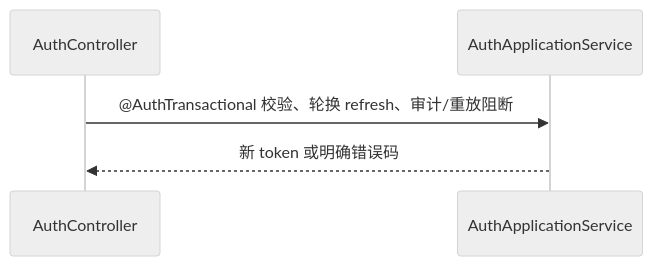
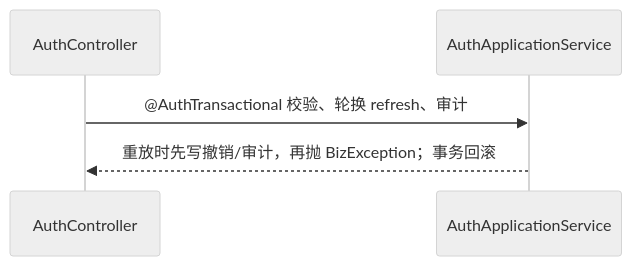
Before and after one commit to Kylinlixd/suno: diagram 20 of 42 in docs/requirements/identity.md, drawn with Mermaid (neutral theme). The commit also changed other lines of this file and 2 other files, not shown here.

Commit message:
docs: clarify identity and operations transaction flows

````diff
--- a/docs/requirements/identity.md
+++ b/docs/requirements/identity.md
@@ -195,7 +204,7 @@
 ```mermaid
 sequenceDiagram
   participant C as AuthController#refresh
   participant A as AuthApplicationService#refresh
-  C->>A: @AuthTransactional 校验、轮换 refresh、审计/重放阻断
-  A-->>C: 新 token 或明确错误码
+  C->>A: @AuthTransactional 校验、轮换 refresh、审计
+  A-->>C: 重放时先写撤销/审计，再抛 BizException；事务回滚
 ```
````
